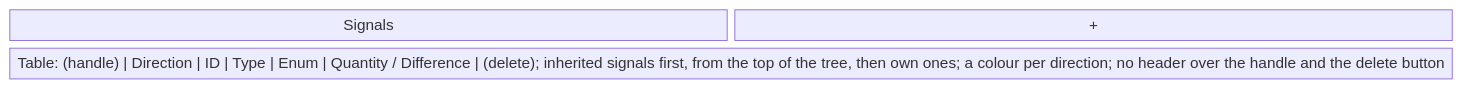
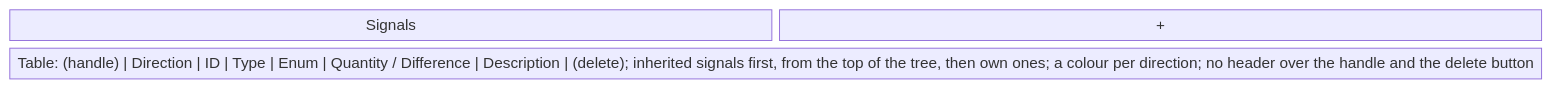
One commit to AlexandreGallais/synoptic-studio-spec changed the fifth of 17 diagrams in screens/metadata.md. Above: the diagram before and after it, drawn with Mermaid. The commit also changed other lines of this file and 2 other files, not shown here.

First line of the commit message:
docs(metadata): give signals and commands a description

````diff
--- a/screens/metadata.md
+++ b/screens/metadata.md
@@ -183,6 +183,6 @@
 ```mermaid
 block-beta
     columns 2
     title["Signals"] add["+"]
-    table["Table: (handle) | Direction | ID | Type | Enum | Quantity / Difference | (delete); inherited signals first, from the top of the tree, then own ones; a colour per direction; no header over the handle and the delete button"]:2
+    table["Table: (handle) | Direction | ID | Type | Enum | Quantity / Difference | Description | (delete); inherited signals first, from the top of the tree, then own ones; a colour per direction; no header over the handle and the delete button"]:2
 ```
````
